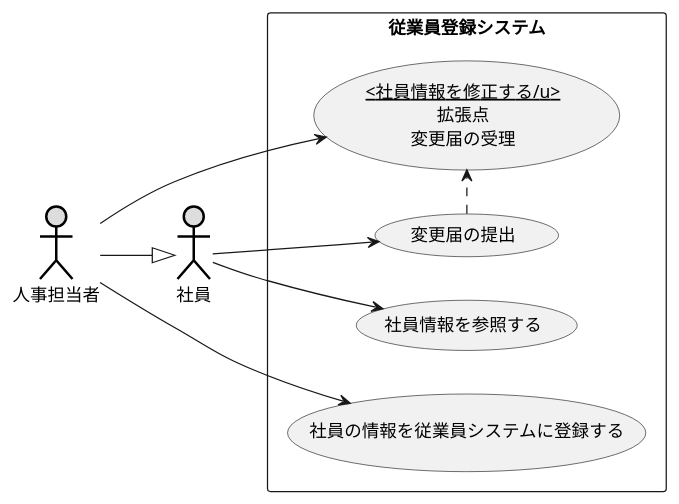
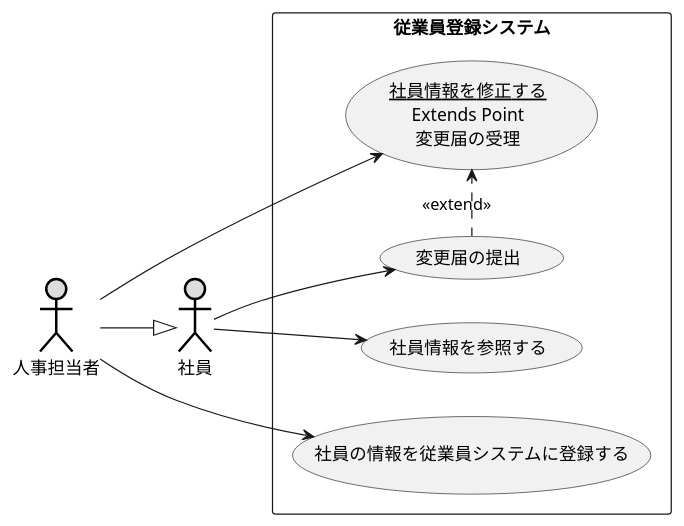
Before and after one commit to Shuma323/UML_inatroduction: the diagram in 演習2-6_盛岡システム_従業員登録システム.pu, drawn with PlantUML.

Commit message:
2-6の修正

```diff
--- a/演習2-6_盛岡システム_従業員登録システム.pu
+++ b/演習2-6_盛岡システム_従業員登録システム.pu
@@ -1,17 +1,17 @@
 @startuml 演習2-6
 left to right direction
 actor 社員#DDDDDD;line:black;line.bold;
 actor 人事担当者#DDDDDD;line:black;line.bold;
 rectangle 従業員登録システム {
 usecase 社員情報を参照する
 usecase 変更届の提出
-usecase (<u><社員情報を修正する/u>\n拡張点\n変更届の受理) as input
+usecase (<u>社員情報を修正する\nExtends Point\n変更届の受理) as input
 usecase 社員の情報を従業員システムに登録する
 }
 人事担当者 --|> 社員
 社員 --> 社員情報を参照する
 社員 --> 変更届の提出
-変更届の提出 .> input
+変更届の提出 .> input : <<extend>>
 人事担当者 --> input
 人事担当者 --> 社員の情報を従業員システムに登録する
 @endum
```
